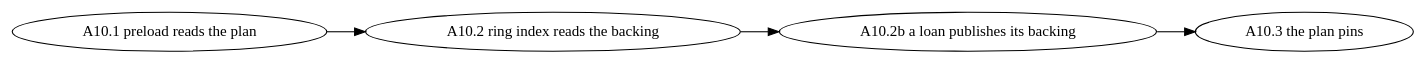
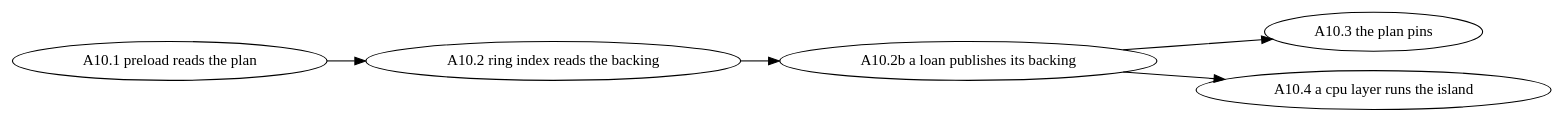
One commit to kainlan/llama.cpp-intel-optimizations changed the diagram in docs/plans/2026-11-13-fmcp-a10-routed-host-experts-are-pinned-when-the-ring-streams-them.md. Above: the diagram before and after it, drawn with Graphviz. The commit also changed other lines of this file, not shown here.

First line of the commit message:
docs: addendum A10 amendment 2: a prompt layer decided for the CPU runs the CPU island (task A10.4, llama.cpp-ibg2 under llama.cpp-fmcp)

````diff
--- a/docs/plans/2026-11-13-fmcp-a10-routed-host-experts-are-pinned-when-the-ring-streams-them.md
+++ b/docs/plans/2026-11-13-fmcp-a10-routed-host-experts-are-pinned-when-the-ring-streams-them.md
@@ -189,3 +213,3 @@
 ```dot
-digraph dependencies { rankdir=LR; "A10.1 preload reads the plan" -> "A10.2 ring index reads the backing" -> "A10.2b a loan publishes its backing" -> "A10.3 the plan pins"; }
+digraph dependencies { rankdir=LR; "A10.1 preload reads the plan" -> "A10.2 ring index reads the backing" -> "A10.2b a loan publishes its backing" -> "A10.3 the plan pins"; "A10.2b a loan publishes its backing" -> "A10.4 a cpu layer runs the island"; }
 ```
````
